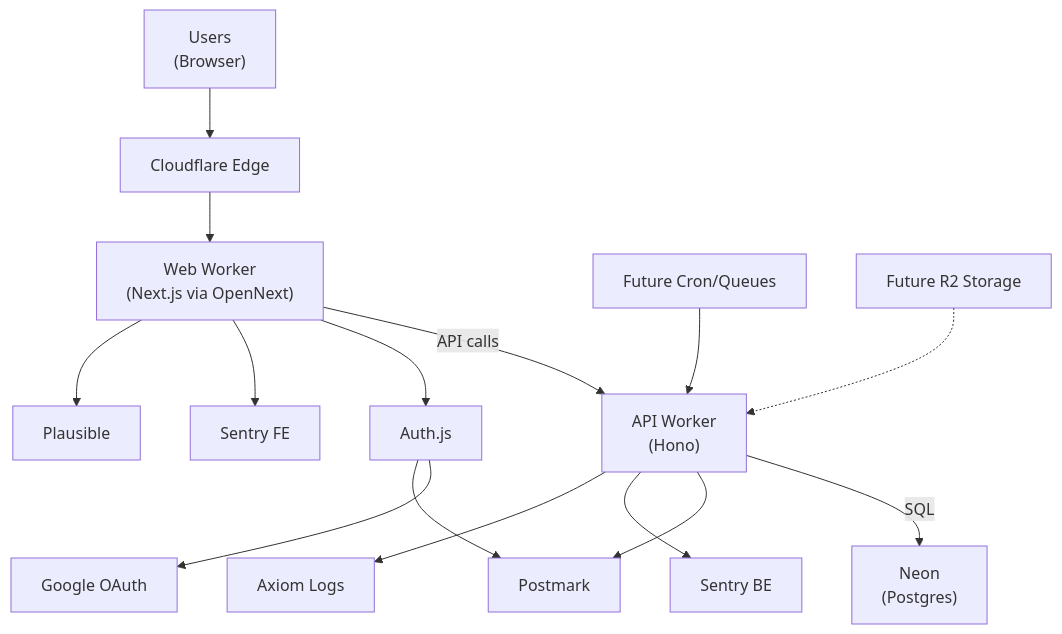
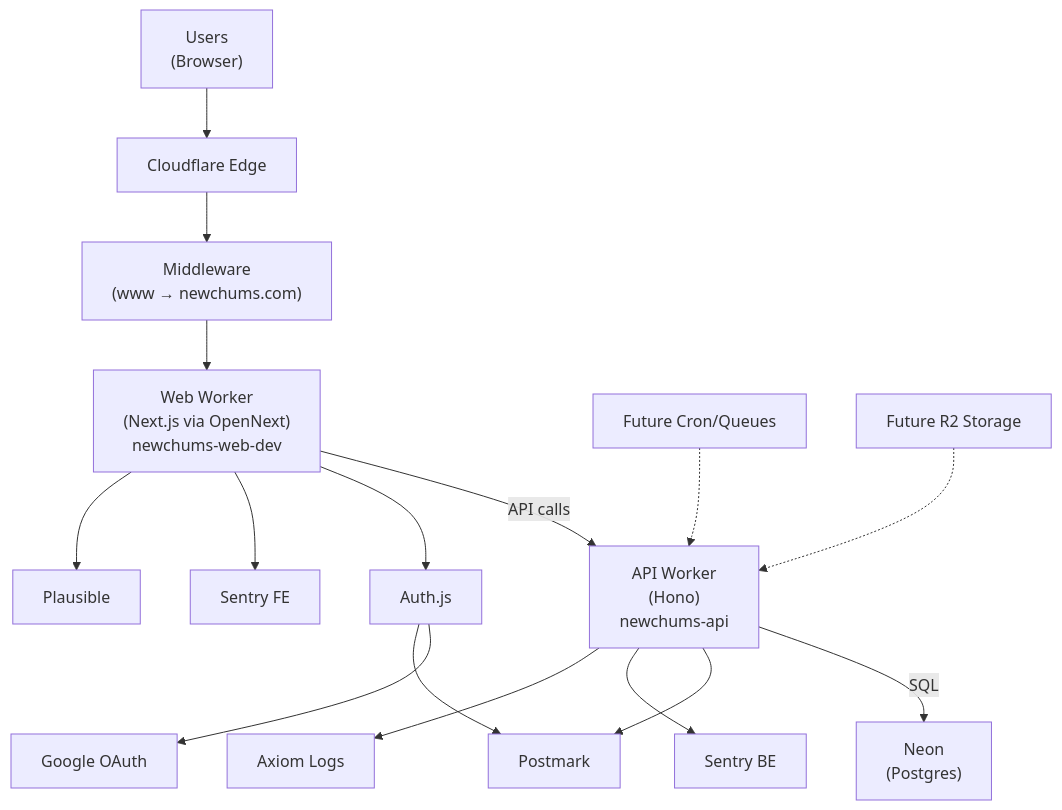
Before and after one commit to RSS705/newchums: the seventh of 7 diagrams in docs/System_Map.md, drawn with Mermaid. The commit also changed other lines of this file and 5 other files, not shown here.

````diff
--- a/docs/System_Map.md
+++ b/docs/System_Map.md
@@ -123,23 +176,24 @@
 ```mermaid
 flowchart TB
   U["Users<br/>(Browser)"] --> CF["Cloudflare Edge"]
-  CF --> W["Web Worker<br/>(Next.js via OpenNext)"]
+  CF --> MW["Middleware<br/>(www → newchums.com)"]
+  MW --> W["Web Worker<br/>(Next.js via OpenNext)<br/>newchums-web-dev"]
 
-  W -->|"API calls"| API["API Worker<br/>(Hono)"]
+  W -->|"API calls"| API["API Worker<br/>(Hono)<br/>newchums-api"]
 
   API -->|"SQL"| DB["Neon<br/>(Postgres)"]
 
   W --> AUTH["Auth.js"]
   AUTH --> GOOGLE["Google OAuth"]
   AUTH --> PM["Postmark"]
 
   API --> PM
 
   W --> SENTRY_FE["Sentry FE"]
   API --> SENTRY_BE["Sentry BE"]
   API --> AX["Axiom Logs"]
   W --> PLAUS["Plausible"]
 
-  CRON["Future Cron/Queues"] --> API
+  CRON["Future Cron/Queues"] -.-> API
   R2["Future R2 Storage"] -.-> API
 ```
````
